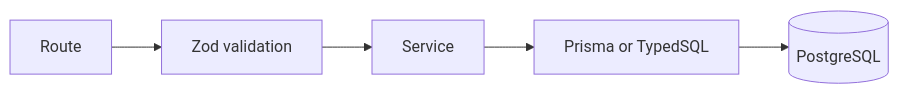
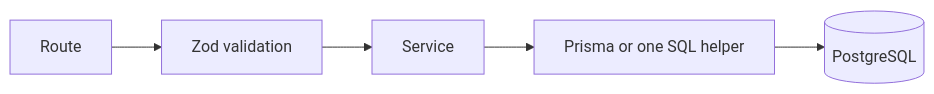
Before and after one commit to ayushs206/owasp-quiz-be: the first of 3 diagrams in docs/engineering.md, drawn with Mermaid. The commit also changed other lines of this file and 4 other files, not shown here.

Commit message:
docs: simplify v1 architecture

````diff
--- a/docs/engineering.md
+++ b/docs/engineering.md
@@ -22,7 +21,7 @@
 ```mermaid
 flowchart LR
     ROUTE[Route] --> VALIDATION[Zod validation]
     VALIDATION --> SERVICE[Service]
-    SERVICE --> PRISMA[Prisma or TypedSQL]
+    SERVICE --> PRISMA[Prisma or one SQL helper]
     PRISMA --> DB[(PostgreSQL)]
 ```
````
